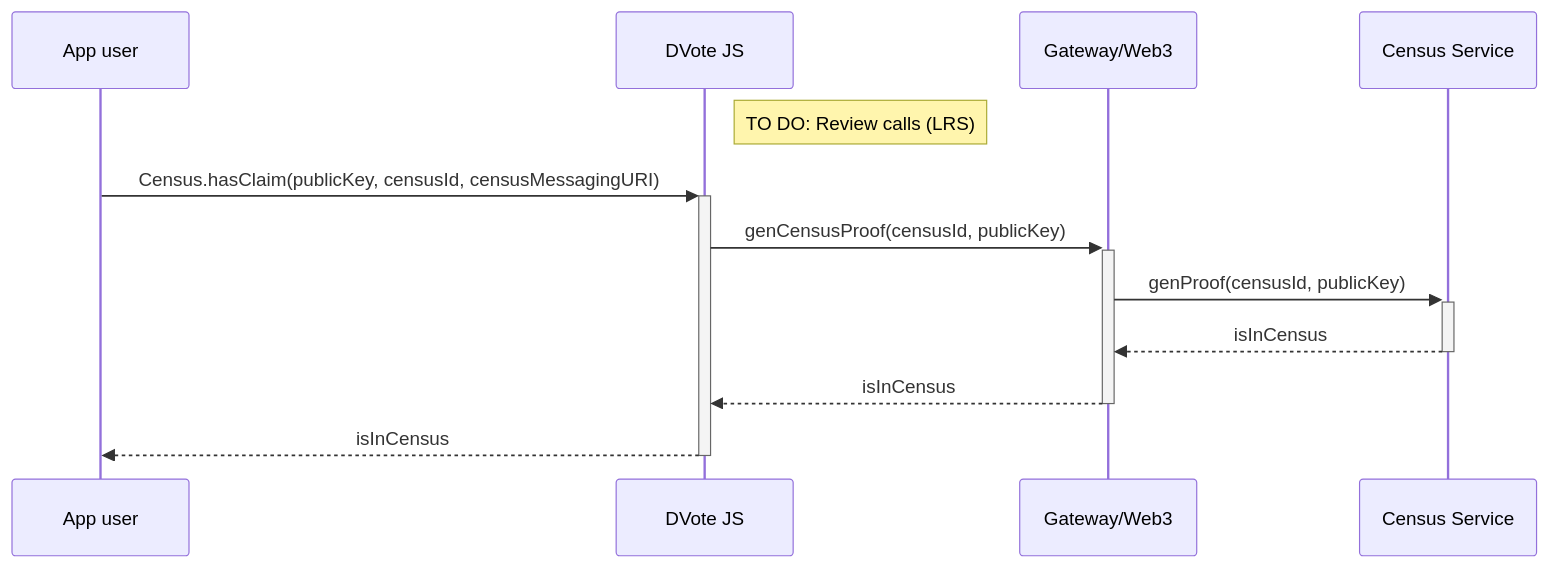
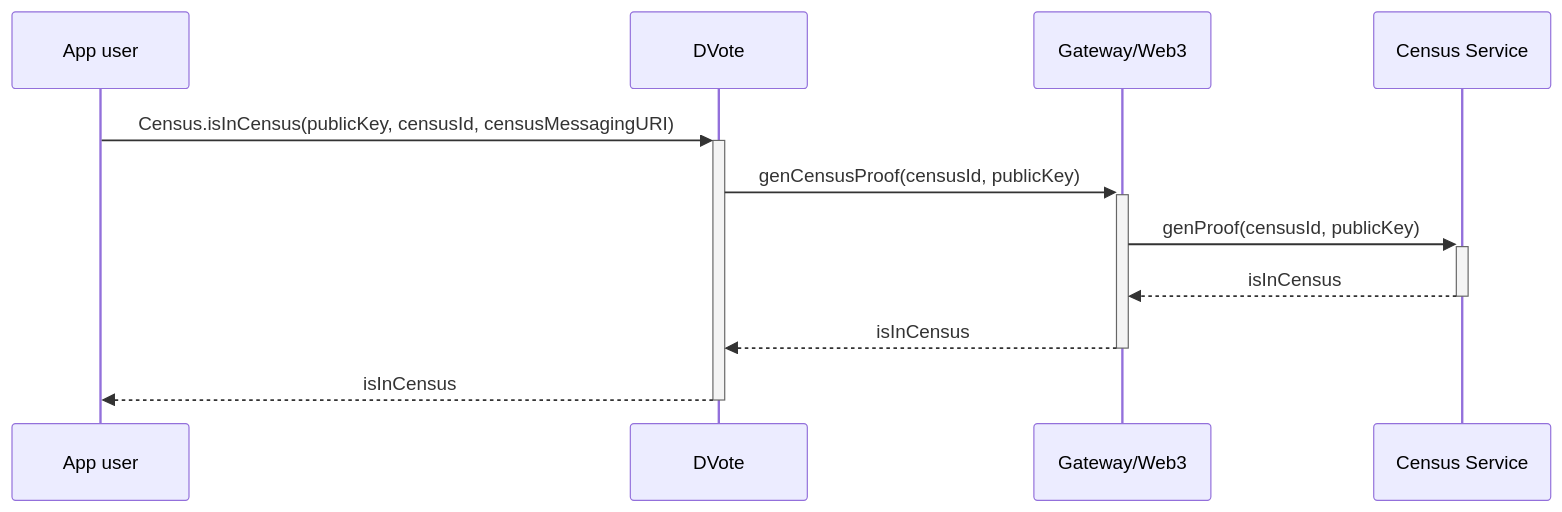
Before and after one commit to vocdoni/docs: the sixth of 10 diagrams in docs/architecture/sequence-diagrams.md, drawn with Mermaid. The commit also changed other lines of this file, not shown here.

Commit message:
Sequence diagrams

````diff
--- a/docs/architecture/sequence-diagrams.md
+++ b/docs/architecture/sequence-diagrams.md
@@ -249,18 +242,16 @@
 ```mermaid
 sequenceDiagram
     participant App as App user
-    participant DV as DVote JS
+    participant DV as DVote
     participant GW as Gateway/Web3
     participant CS as Census Service
 
-    Note right of DV: TO DO: Review calls (LRS)
-
-    App->>+DV: Census.hasClaim(publicKey, censusId, censusMessagingURI)
+    App->>+DV: Census.isInCensus(publicKey, censusId, censusMessagingURI)
 
         DV->>+GW: genCensusProof(censusId, publicKey)
         GW->>+CS: genProof(censusId, publicKey)
         CS-->>-GW: isInCensus
         GW-->>-DV: isInCensus
 
     DV-->>-App: isInCensus
 ```
````
